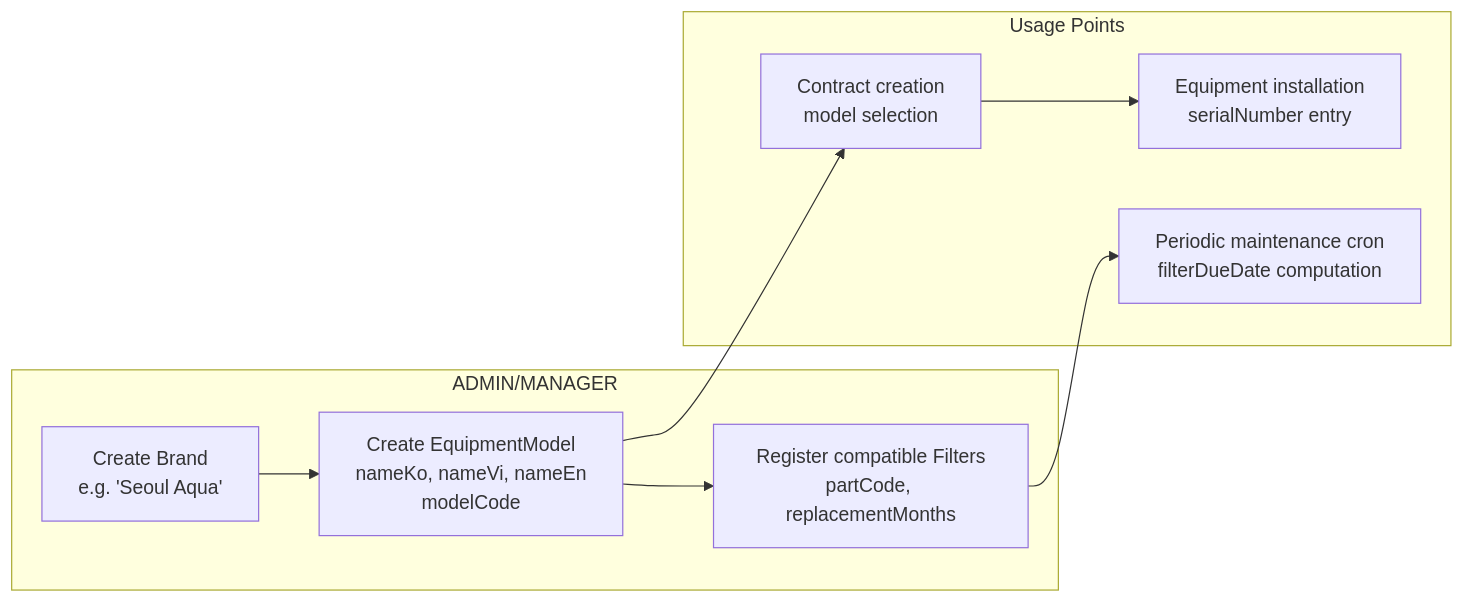
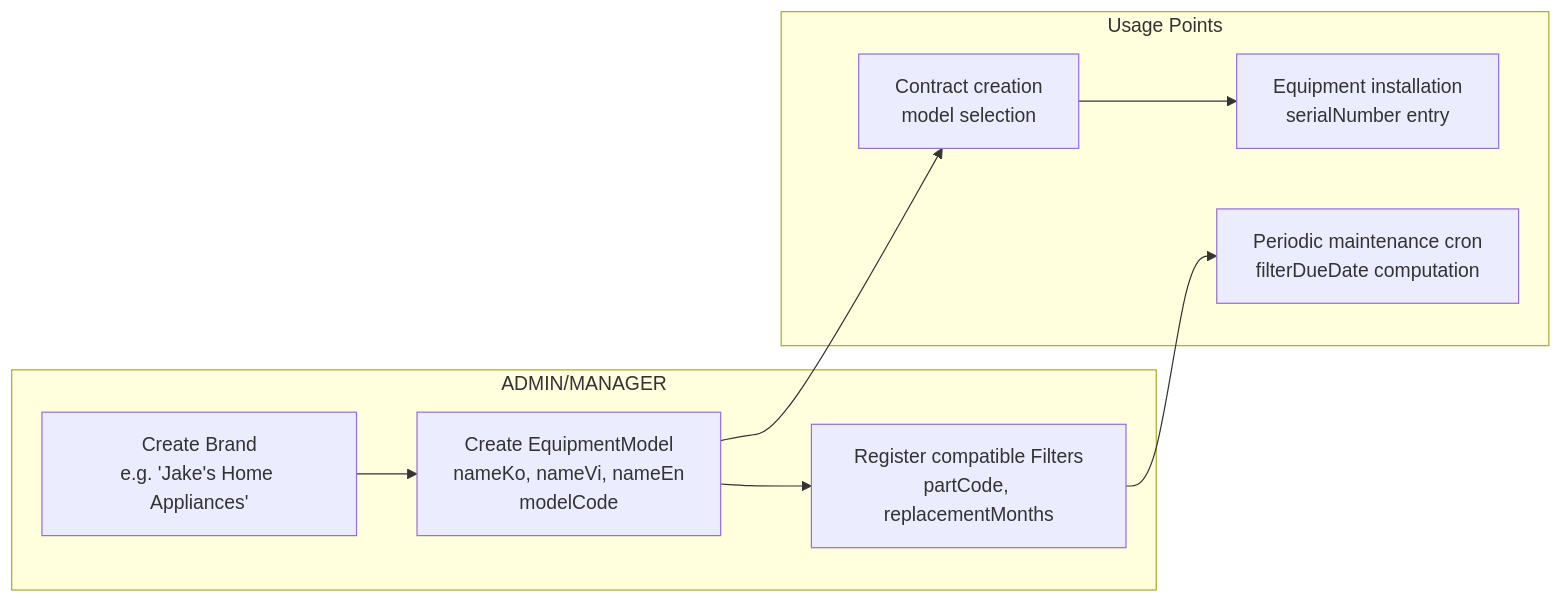
One commit to JoJakeTaemoon/jakes-home-appliances-soms changed the third of 46 diagrams in docs/USER_WORKFLOWS.md. Above: the diagram before and after it, drawn with Mermaid. The commit also changed other lines of this file and 94 other files, not shown here.

````diff
--- a/docs/USER_WORKFLOWS.md
+++ b/docs/USER_WORKFLOWS.md
@@ -131,18 +131,18 @@
 ```mermaid
 flowchart LR
   subgraph Admin["ADMIN/MANAGER"]
-    A1["Create Brand<br/>e.g. 'Seoul Aqua'"]
+    A1["Create Brand<br/>e.g. 'Jake's Home Appliances'"]
     A2["Create EquipmentModel<br/>nameKo, nameVi, nameEn<br/>modelCode"]
     A3["Register compatible Filters<br/>partCode, replacementMonths"]
   end
 
   subgraph Used["Usage Points"]
     B1["Contract creation<br/>model selection"]
     B2["Equipment installation<br/>serialNumber entry"]
     B3["Periodic maintenance cron<br/>filterDueDate computation"]
   end
 
   A1 --> A2 --> A3
   A2 --> B1 --> B2
   A3 --> B3
 ```
````
